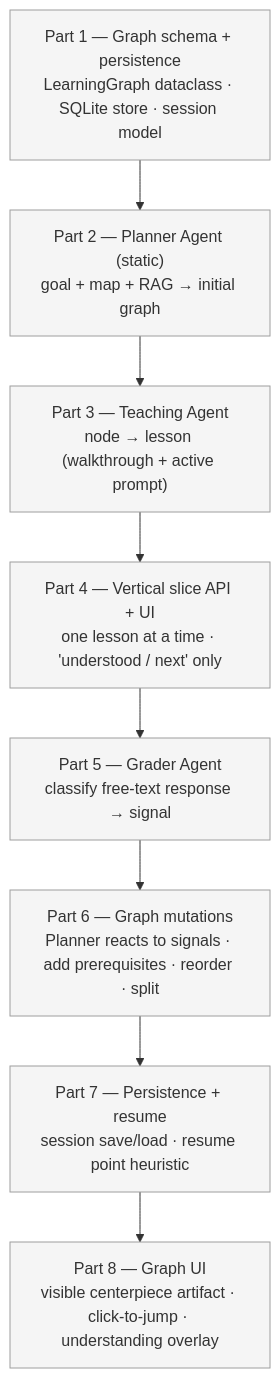
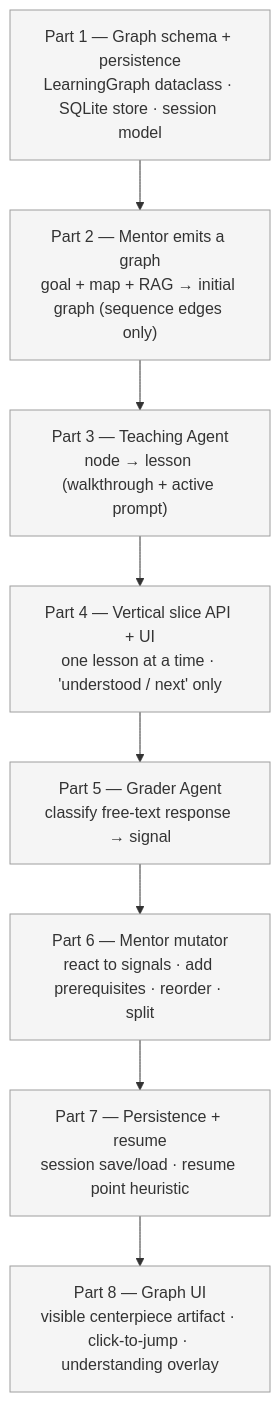
The diagram in docs/planning/phases/phase3.md (talziv2/CodeOnboard), drawn with Mermaid before and after one commit. The commit also changed other lines of this file and 1 other file, not shown here.

````diff
--- a/docs/planning/phases/phase3.md
+++ b/docs/planning/phases/phase3.md
@@ -20,22 +20,22 @@
 ```mermaid
 graph TB
     P1["Part 1 — Graph schema + persistence<br/>LearningGraph dataclass · SQLite store · session model"]
-    P2["Part 2 — Planner Agent (static)<br/>goal + map + RAG → initial graph"]
+    P2["Part 2 — Mentor emits a graph<br/>goal + map + RAG → initial graph (sequence edges only)"]
     P3["Part 3 — Teaching Agent<br/>node → lesson (walkthrough + active prompt)"]
     P4["Part 4 — Vertical slice API + UI<br/>one lesson at a time · 'understood / next' only"]
     P5["Part 5 — Grader Agent<br/>classify free-text response → signal"]
-    P6["Part 6 — Graph mutations<br/>Planner reacts to signals · add prerequisites · reorder · split"]
+    P6["Part 6 — Mentor mutator<br/>react to signals · add prerequisites · reorder · split"]
     P7["Part 7 — Persistence + resume<br/>session save/load · resume point heuristic"]
     P8["Part 8 — Graph UI<br/>visible centerpiece artifact · click-to-jump · understanding overlay"]
 
     P1 --> P2 --> P3 --> P4 --> P5 --> P6 --> P7 --> P8
 
     style P1 fill:#f5f5f5,stroke:#9e9e9e
     style P2 fill:#f5f5f5,stroke:#9e9e9e
     style P3 fill:#f5f5f5,stroke:#9e9e9e
     style P4 fill:#f5f5f5,stroke:#9e9e9e
     style P5 fill:#f5f5f5,stroke:#9e9e9e
     style P6 fill:#f5f5f5,stroke:#9e9e9e
     style P7 fill:#f5f5f5,stroke:#9e9e9e
     style P8 fill:#f5f5f5,stroke:#9e9e9e
 ```
````
